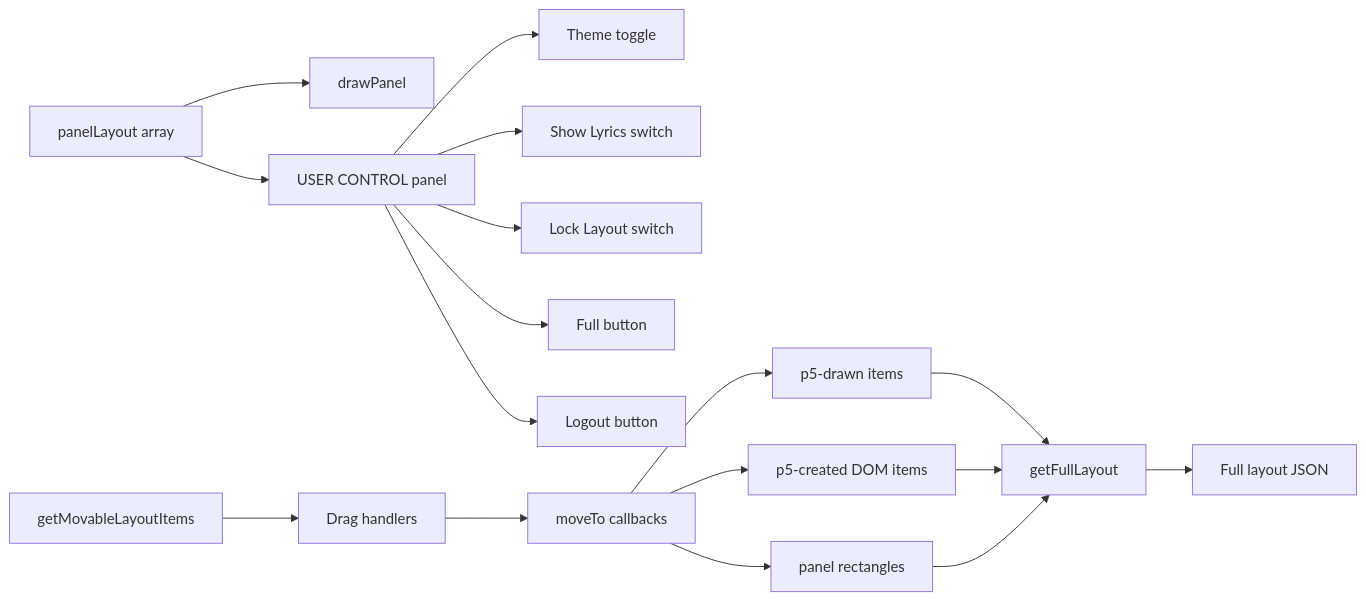
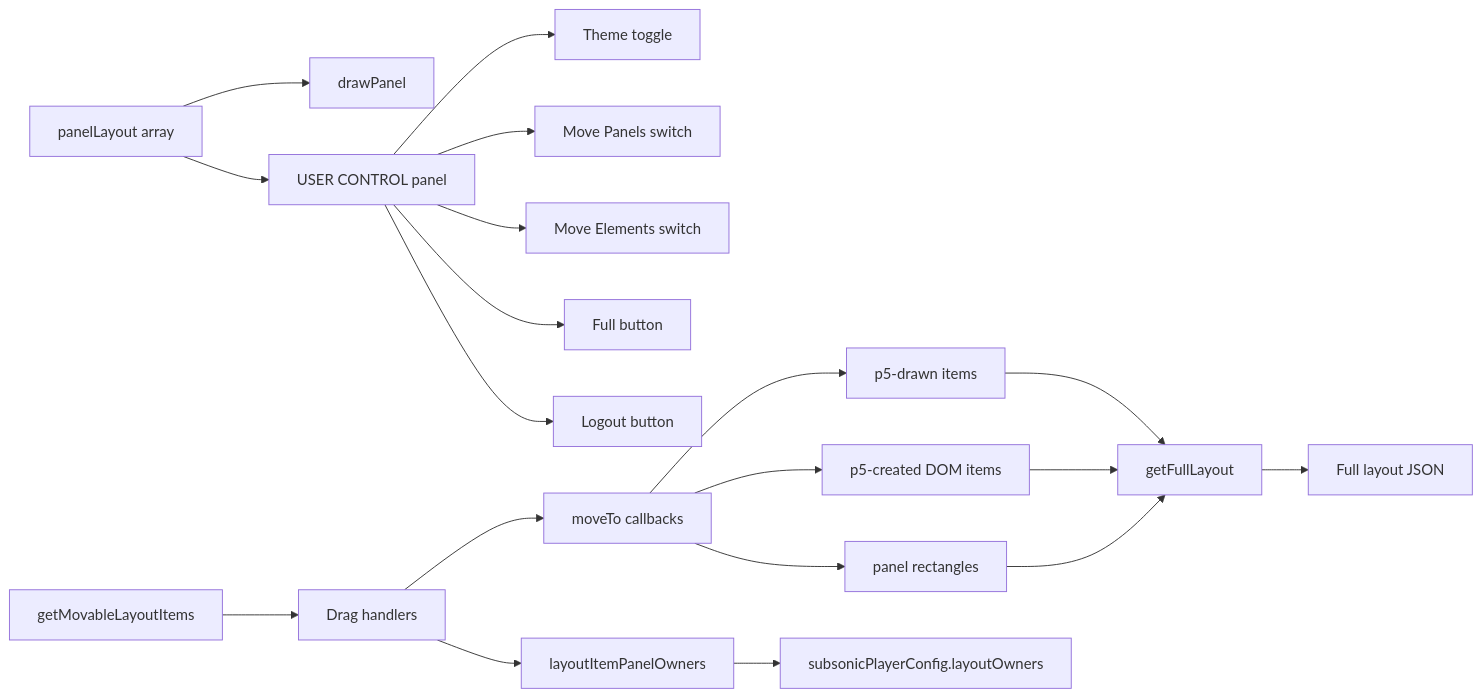
Before and after one commit to Leorivasc/neon_deck: the ninth of 11 diagrams in doc/diagrams.md, drawn with Mermaid. The commit also changed other lines of this file and 2 other files, not shown here.

````diff
--- a/doc/diagrams.md
+++ b/doc/diagrams.md
@@ -234,20 +238,22 @@
 ```mermaid
 flowchart LR
     PanelLayout[panelLayout array] --> DrawPanels[drawPanel]
     PanelLayout --> LayoutTools[USER CONTROL panel]
     LayoutTools --> ThemeToggle[Theme toggle]
-    LayoutTools --> ShowLyrics[Show Lyrics switch]
-    LayoutTools --> LockLayout[Lock Layout switch]
+    LayoutTools --> MovePanels[Move Panels switch]
+    LayoutTools --> MoveElements[Move Elements switch]
     LayoutTools --> Fullscreen[Full button]
     LayoutTools --> Logout[Logout button]
     Movables[getMovableLayoutItems] --> Drag[Drag handlers]
     Drag --> Apply[moveTo callbacks]
     Apply --> P5Items[p5-drawn items]
     Apply --> DomItems[p5-created DOM items]
     Apply --> Panels[panel rectangles]
 
     P5Items --> Full[getFullLayout]
     DomItems --> Full
     Panels --> Full
     Full --> Console[Full layout JSON]
+    Drag --> Owners[layoutItemPanelOwners]
+    Owners --> Storage[subsonicPlayerConfig.layoutOwners]
 ```
````
